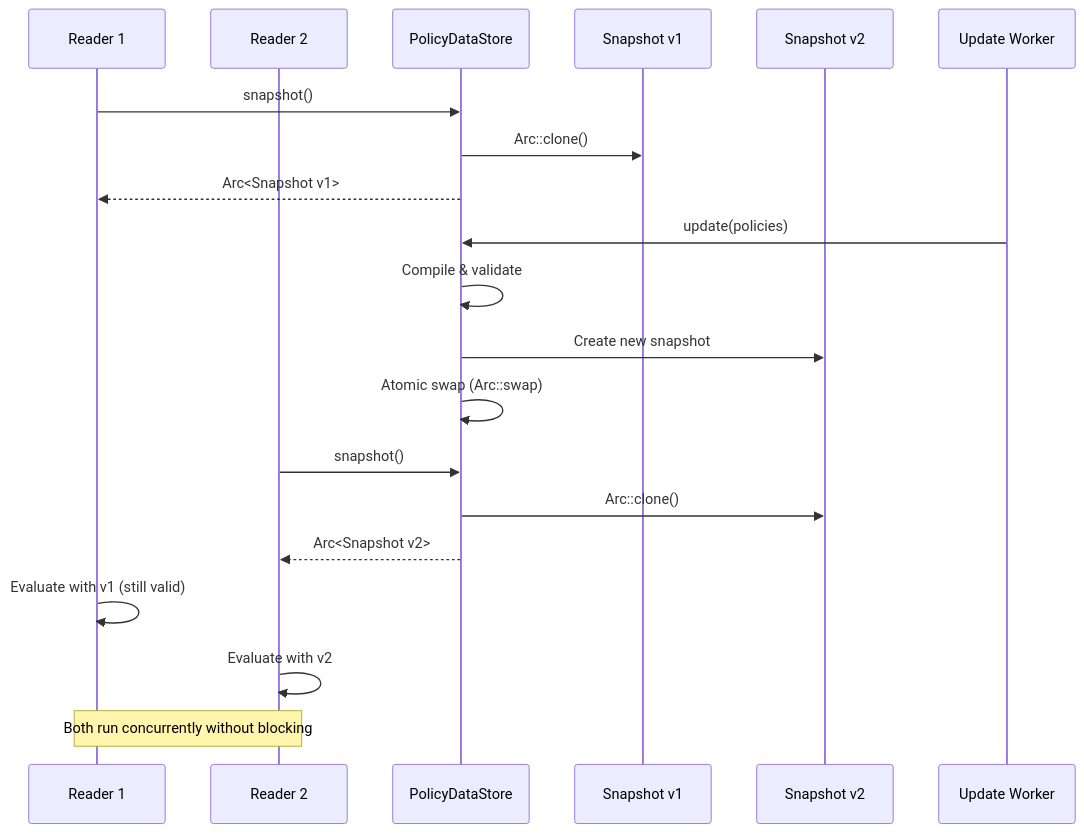
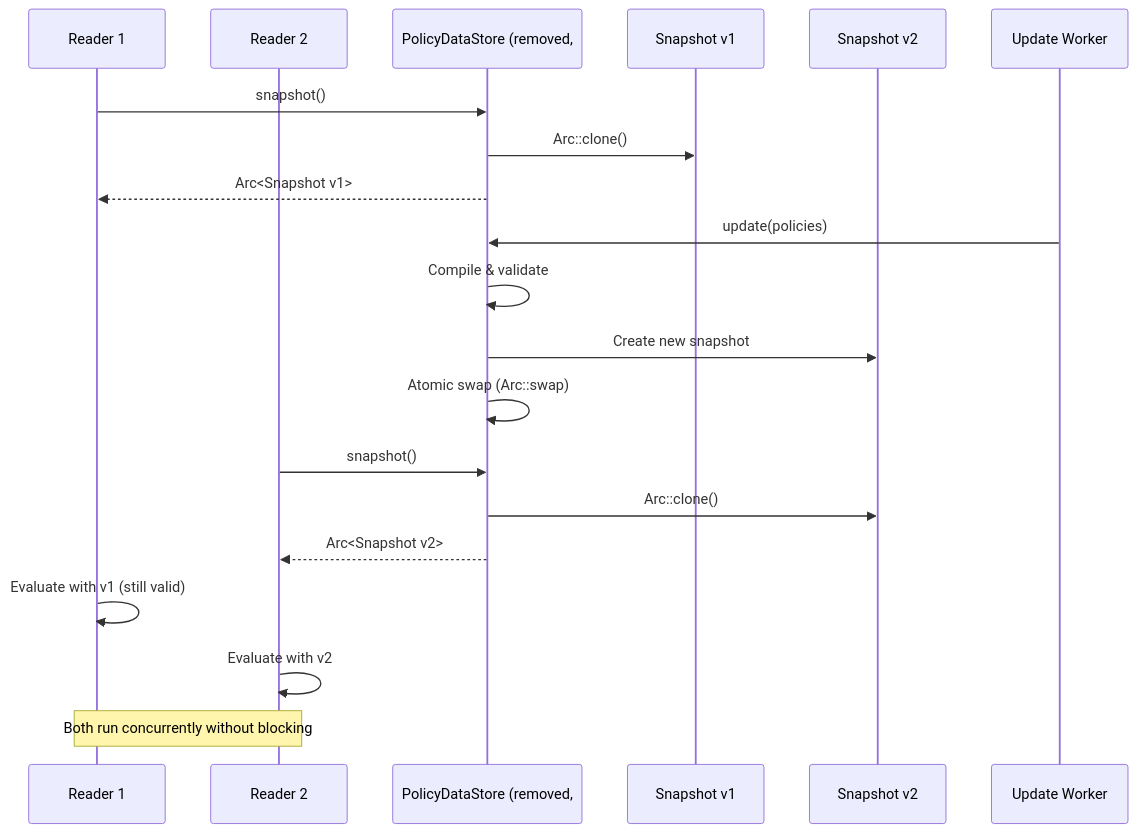
The diagram in MISSION.md (jrepp/ipe), drawn with Mermaid before and after one commit. The commit also changed other lines of this file and 5 other files, not shown here.

````diff
--- a/MISSION.md
+++ b/MISSION.md
@@ -483,27 +486,27 @@
 ```mermaid
 sequenceDiagram
     participant R1 as Reader 1
     participant R2 as Reader 2
-    participant Store as PolicyDataStore
+    participant Store as PolicyDataStore (removed, #36)
     participant V1 as Snapshot v1
     participant V2 as Snapshot v2
     participant Writer as Update Worker
 
     R1->>Store: snapshot()
     Store->>V1: Arc::clone()
     Store-->>R1: Arc<Snapshot v1>
 
     Writer->>Store: update(policies)
     Store->>Store: Compile & validate
     Store->>V2: Create new snapshot
     Store->>Store: Atomic swap (Arc::swap)
 
     R2->>Store: snapshot()
     Store->>V2: Arc::clone()
     Store-->>R2: Arc<Snapshot v2>
 
     R1->>R1: Evaluate with v1 (still valid)
     R2->>R2: Evaluate with v2
 
     Note over R1,R2: Both run concurrently without blocking
 ```
````
